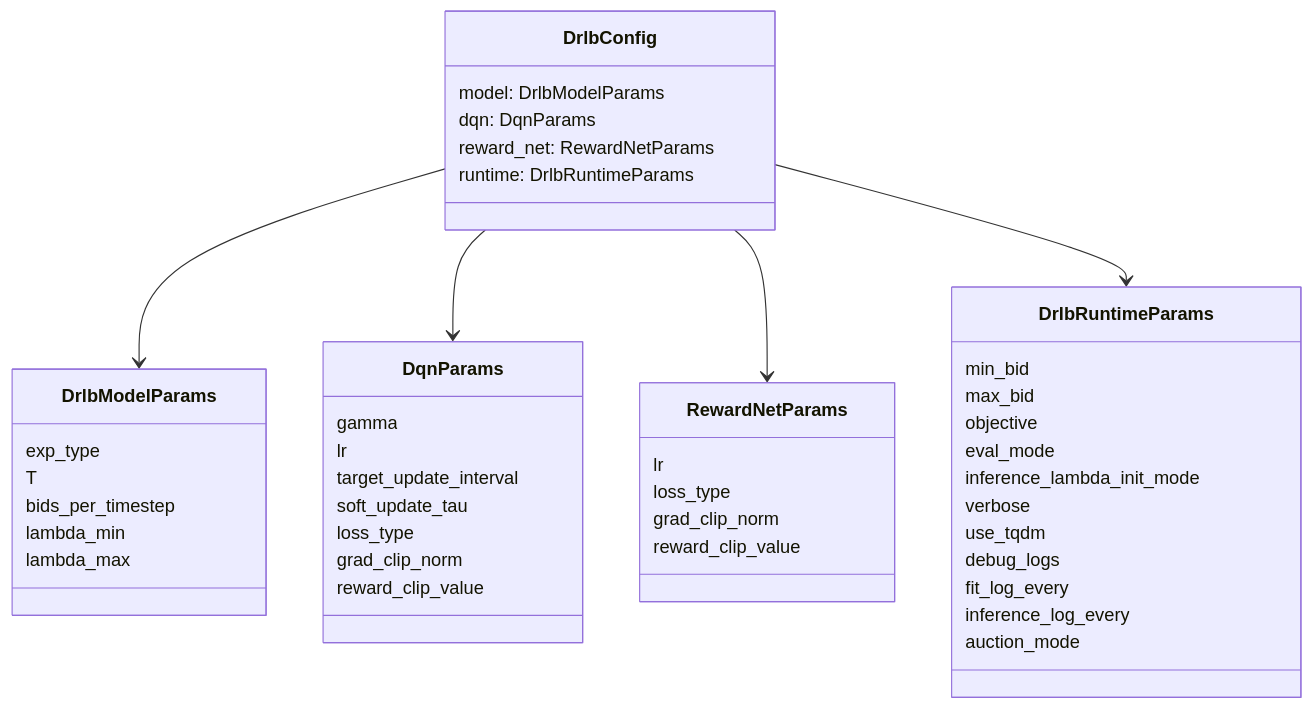
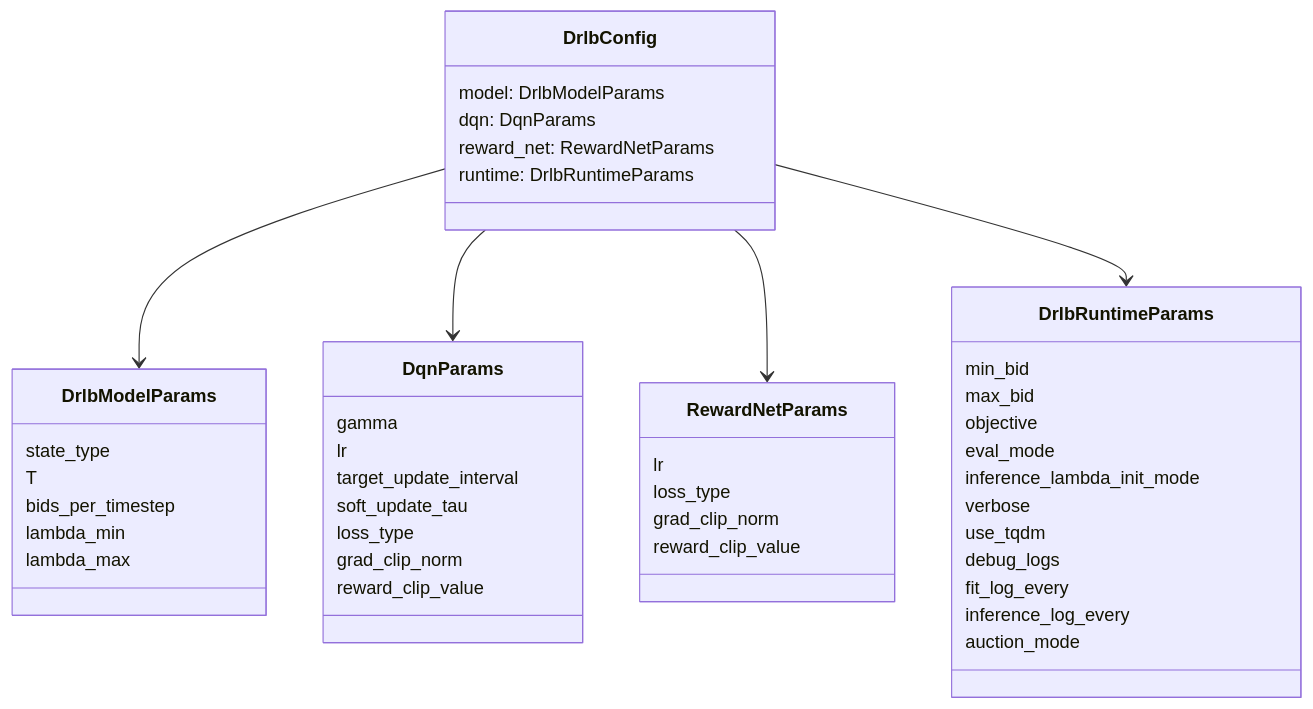
The second of 5 diagrams in project_info/drlb_architecture.md (C0deReflect1on/bat-autobidding-benchmark), drawn with Mermaid before and after one commit. The commit also changed other lines of this file and 74 other files, not shown here.

````diff
--- a/project_info/drlb_architecture.md
+++ b/project_info/drlb_architecture.md
@@ -136,48 +136,48 @@
 ```mermaid
 classDiagram
   class DrlbConfig {
     model: DrlbModelParams
     dqn: DqnParams
     reward_net: RewardNetParams
     runtime: DrlbRuntimeParams
   }
   class DrlbModelParams {
-    exp_type
+    state_type
     T
     bids_per_timestep
     lambda_min
     lambda_max
   }
   class DqnParams {
     gamma
     lr
     target_update_interval
     soft_update_tau
     loss_type
     grad_clip_norm
     reward_clip_value
   }
   class RewardNetParams {
     lr
     loss_type
     grad_clip_norm
     reward_clip_value
   }
   class DrlbRuntimeParams {
     min_bid
     max_bid
     objective
     eval_mode
     inference_lambda_init_mode
     verbose
     use_tqdm
     debug_logs
     fit_log_every
     inference_log_every
     auction_mode
   }
   DrlbConfig --> DrlbModelParams
   DrlbConfig --> DqnParams
   DrlbConfig --> RewardNetParams
   DrlbConfig --> DrlbRuntimeParams
 ```
````
